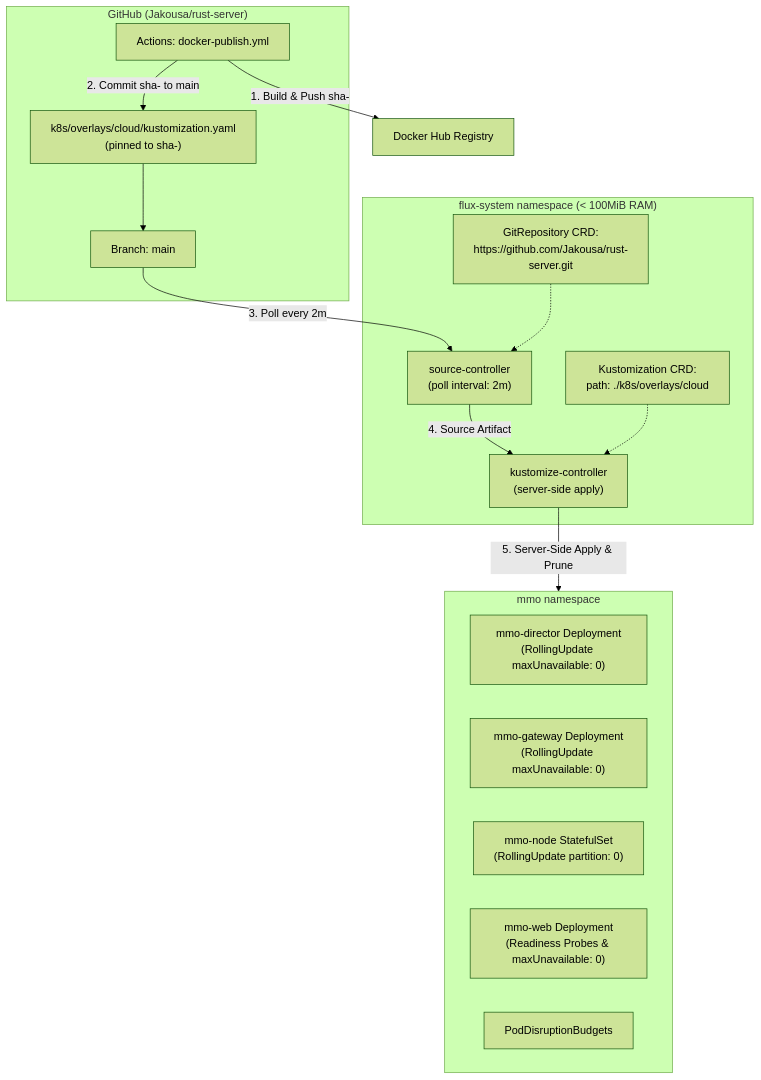
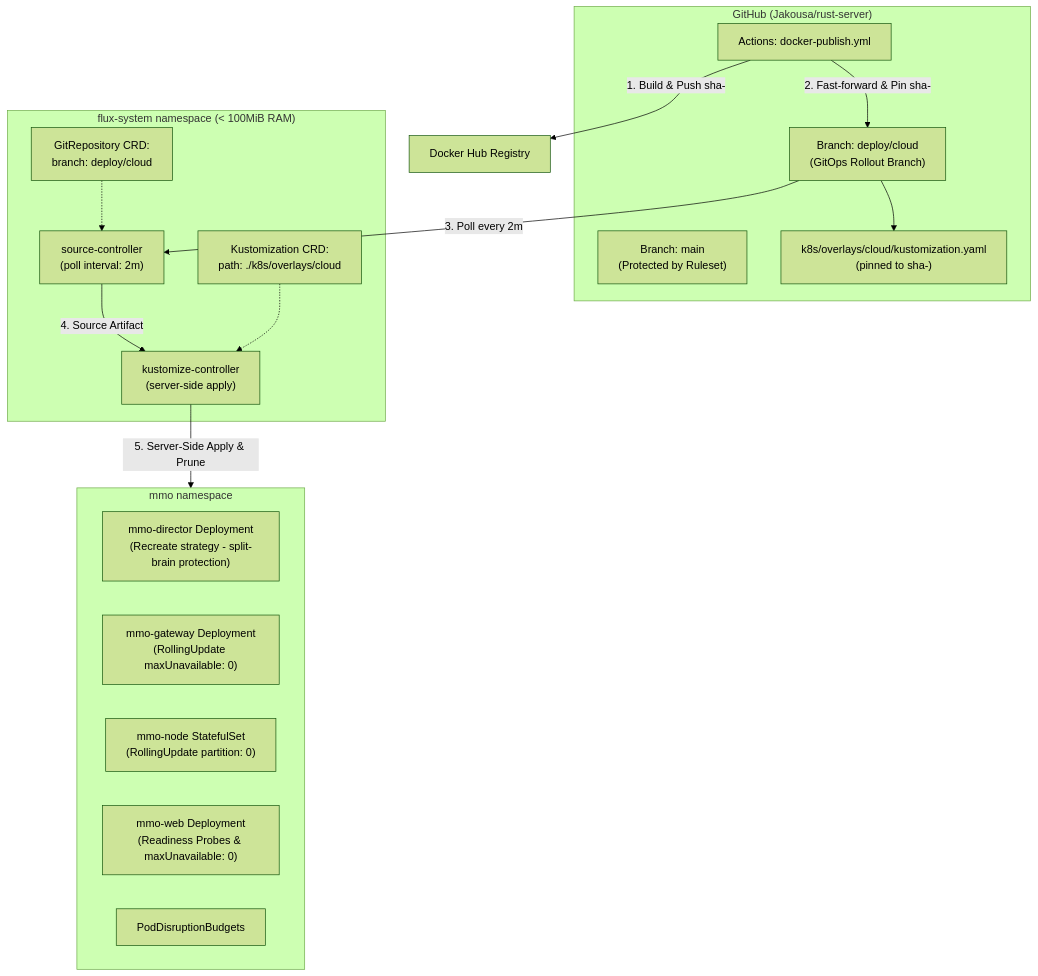
Before and after one commit to Jakousa/rust-server: the diagram in openspec/changes/gitops-flux-rollout/design.md, drawn with Mermaid (forest theme). The commit also changed other lines of this file and 8 other files, not shown here.

Commit message:
fix(ops): route GitOps tag pinning to deploy/cloud, harden director rollout, and optimize CI filters

````diff
--- a/openspec/changes/gitops-flux-rollout/design.md
+++ b/openspec/changes/gitops-flux-rollout/design.md
@@ -5,32 +5,33 @@
 ```mermaid
 flowchart TD
     subgraph GitHub["GitHub (Jakousa/rust-server)"]
-        MainBranch["Branch: main"]
+        MainBranch["Branch: main\n(Protected by Ruleset)"]
         Workflow["Actions: docker-publish.yml"]
+        DeployBranch["Branch: deploy/cloud\n(GitOps Rollout Branch)"]
         KustCloud["k8s/overlays/cloud/kustomization.yaml\n(pinned to sha-<hash>)"]
     end
 
     subgraph Flux["flux-system namespace (< 100MiB RAM)"]
         SourceCtrl["source-controller\n(poll interval: 2m)"]
         KustomizeCtrl["kustomize-controller\n(server-side apply)"]
-        GitRepoCRD["GitRepository CRD:\nhttps://github.com/Jakousa/rust-server.git"]
+        GitRepoCRD["GitRepository CRD:\nbranch: deploy/cloud"]
         KustomizeCRD["Kustomization CRD:\npath: ./k8s/overlays/cloud"]
     end
 
     subgraph Target["mmo namespace"]
-        Director["mmo-director Deployment\n(RollingUpdate maxUnavailable: 0)"]
+        Director["mmo-director Deployment\n(Recreate strategy - split-brain protection)"]
         Gateway["mmo-gateway Deployment\n(RollingUpdate maxUnavailable: 0)"]
         NodeSet["mmo-node StatefulSet\n(RollingUpdate partition: 0)"]
         Web["mmo-web Deployment\n(Readiness Probes & maxUnavailable: 0)"]
         PDB["PodDisruptionBudgets"]
     end
 
     Workflow -->|1. Build & Push sha-<hash>| DockerHub["Docker Hub Registry"]
-    Workflow -->|2. Commit sha-<hash> to main| KustCloud
-    KustCloud --> MainBranch
-    MainBranch -->|3. Poll every 2m| SourceCtrl
+    Workflow -->|2. Fast-forward & Pin sha-<hash>| DeployBranch
+    DeployBranch --> KustCloud
+    DeployBranch -->|3. Poll every 2m| SourceCtrl
     SourceCtrl -->|4. Source Artifact| KustomizeCtrl
     GitRepoCRD -.-> SourceCtrl
     KustomizeCRD -.-> KustomizeCtrl
     KustomizeCtrl -->|5. Server-Side Apply & Prune| Target
 ```
````
